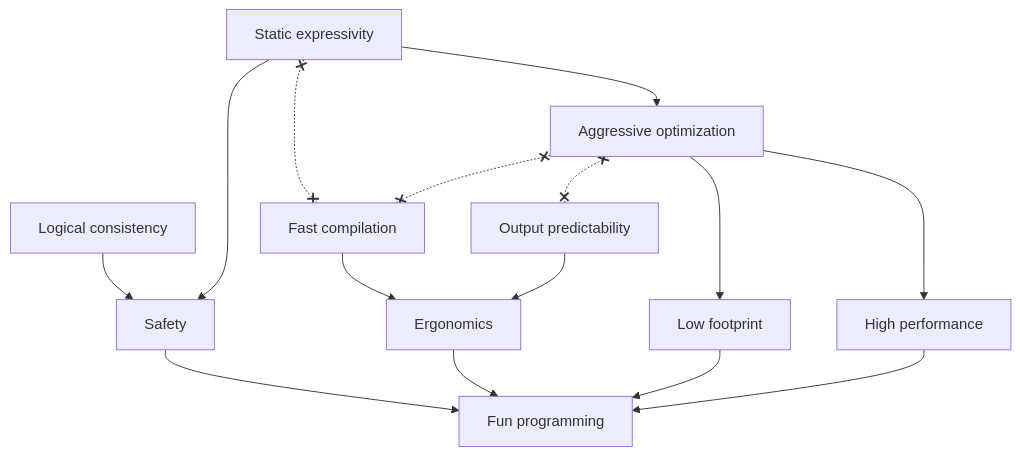
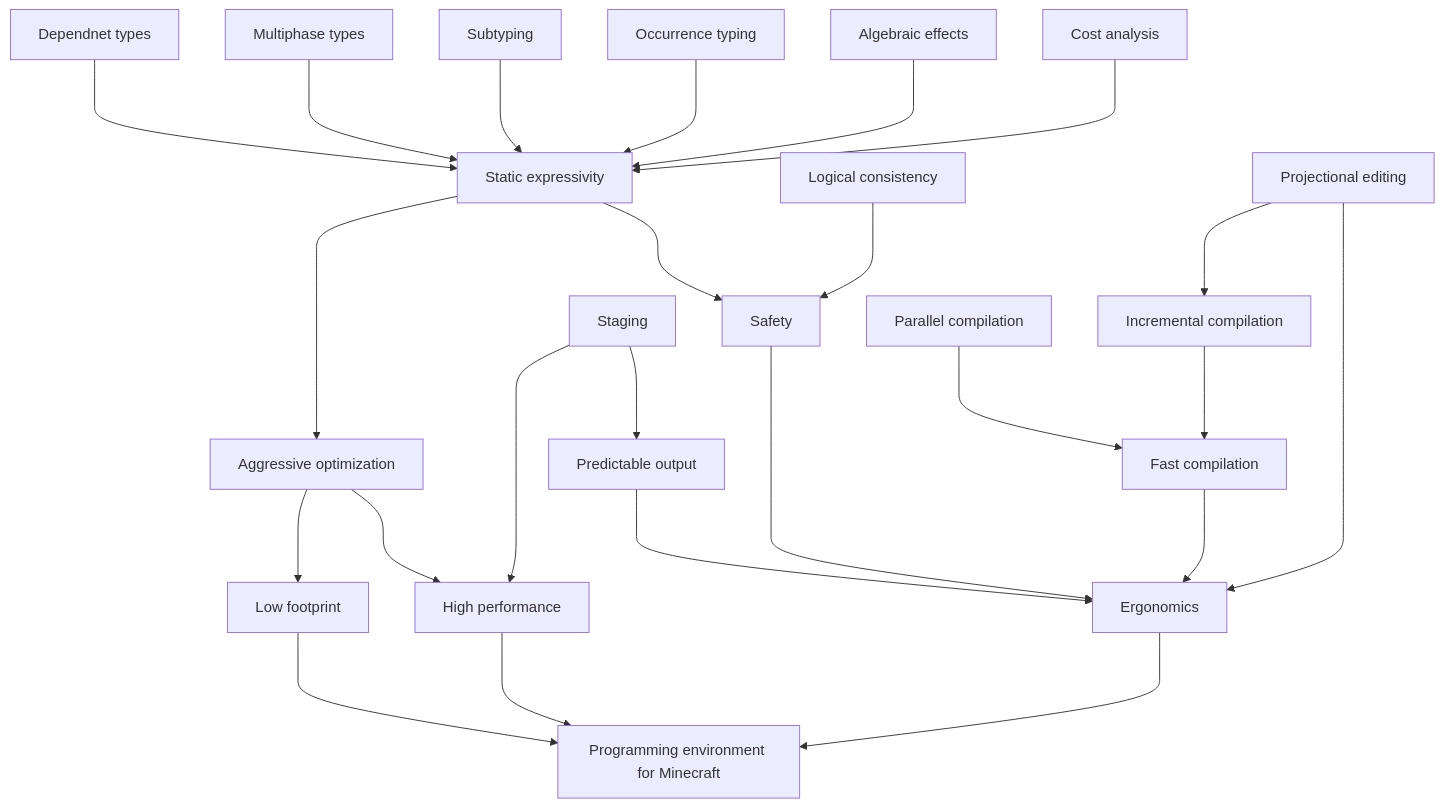
One commit to mcenv/mce changed the diagram in README.md. Above: the diagram before and after it, drawn with Mermaid. The commit also changed other lines of this file, not shown here.

Commit message:
Update goals

````diff
--- a/README.md
+++ b/README.md
@@ -9,17 +9,26 @@
 ```mermaid
 flowchart TB
-   LC[Logical consistency]       --> S
-   SE[Static expressivity]       --> AO
-   SE                          x-.-x FC
-   SE                            --> S
-   AO[Aggressive optimization]   --> HP
-   AO                            --> LF
-   AO                          x-.-x OP
-   AO                          x-.-x FC
-   OP[Output predictability]     --> E
-   FC[Fast compilation]          --> E
-   S[Safety]                     --> FP
-   HP[High performance]          --> FP
-   LF[Low footprint]             --> FP
-   E[Ergonomics]                 --> FP[Fun programming]
+  DT[Dependnet types]         --->   SE
+  MT[Multiphase types]        --->   SE
+  SU[Subtyping]               --->   SE
+  OT[Occurrence typing]       --->   SE
+  AE[Algebraic effects]       --->   SE
+  CA[Cost analysis]           --->   SE
+  SE[Static expressivity]     --->   AO
+  SE[Static expressivity]     --->   SA
+  LC[Logical consistency]     --->   SA
+  ST[Staging]                 --->   HP
+  ST[Staging]                 --->   PO
+  PO[Predictable output]      --->   ER
+  AO[Aggressive optimization] --->   LF
+  AO[Aggressive optimization] --->   HP
+  PE[Projectional editing]    --->   IC
+  PE[Projectional editing]    --->   ER
+  IC[Incremental compilation] --->   FC 
+  PC[Parallel compilation]    --->   FC 
+  FC[Fast compilation]        --->   ER
+  SA[Safety]                  -----> ER
+  LF[Low footprint]           --->   PEFM
+  HP[High performance]        --->   PEFM
+  ER[Ergonomics]              --->   PEFM[Programming environment for Minecraft]
 ```
````
